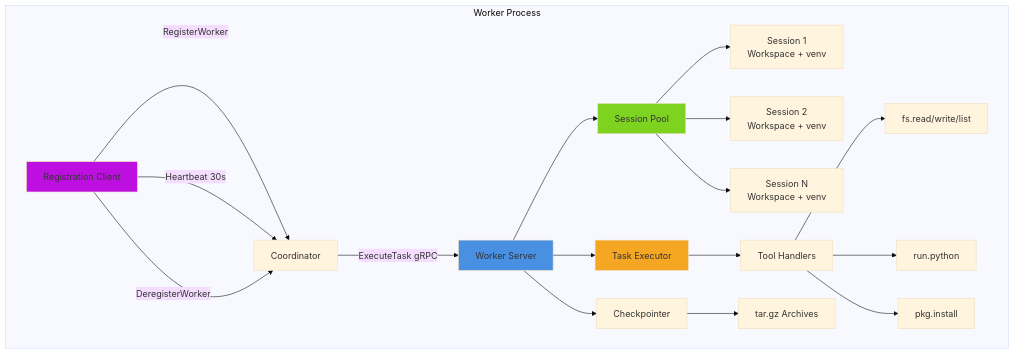
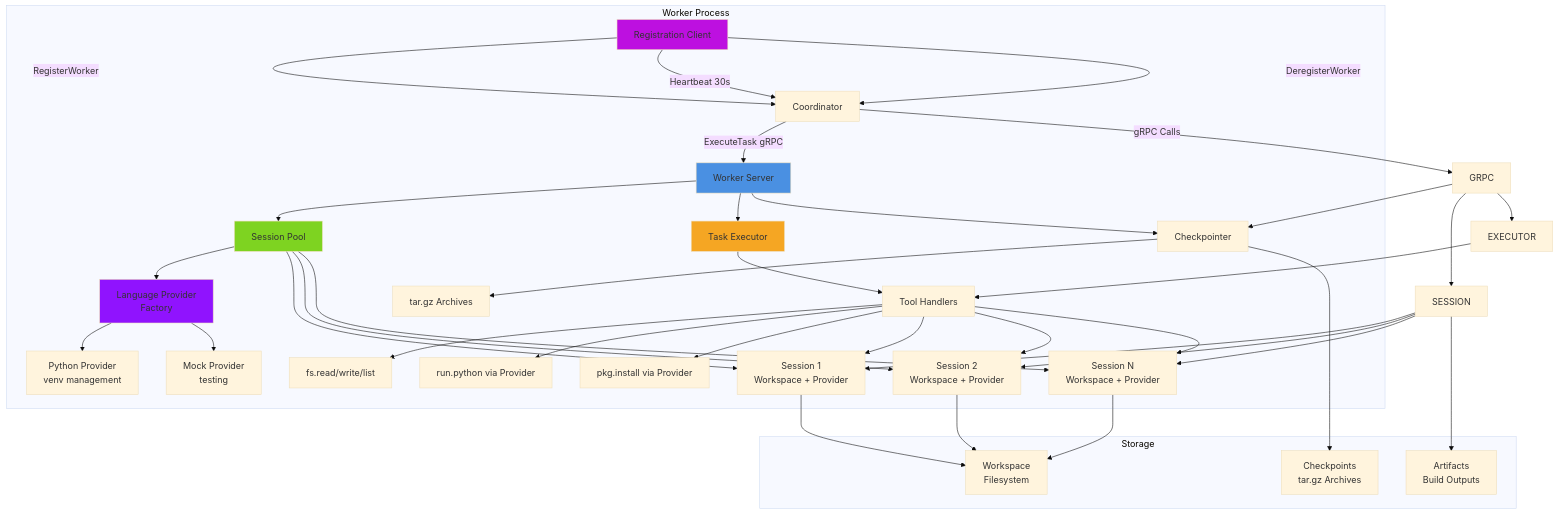
Before and after one commit to AltairaLabs/CodeGen-MCP: the diagram in docs/worker/index.md, drawn with Mermaid (base theme). The commit also changed other lines of this file and 20 other files, not shown here.

First line of the commit message:
feat: Implement Python language provider with virtual environment support

````diff
--- a/docs/worker/index.md
+++ b/docs/worker/index.md
@@ -91,30 +91,63 @@
 ```mermaid
 graph TB
     COORD[Coordinator] -->|ExecuteTask gRPC| WORKER[Worker Server]
     
     subgraph "Worker Process"
         REG_CLIENT[Registration Client] -->|RegisterWorker| COORD
-        REG_CLIENT -->|Heartbeat 30s| COORD
+        REG_CLIENT-->|Heartbeat 30s| COORD
         REG_CLIENT -->|DeregisterWorker| COORD
         
         WORKER --> SESSION_POOL[Session Pool]
         WORKER --> TASK_EXEC[Task Executor]
         WORKER --> CHECKPOINT[Checkpointer]
         
-        SESSION_POOL --> S1[Session 1<br/>Workspace + venv]
-        SESSION_POOL --> S2[Session 2<br/>Workspace + venv]
-        SESSION_POOL --> SN[Session N<br/>Workspace + venv]
+        SESSION_POOL --> PROVIDER_FACTORY[Language Provider<br/>Factory]
+        
+        SESSION_POOL --> S1[Session 1<br/>Workspace + Provider]
+        SESSION_POOL --> S2[Session 2<br/>Workspace + Provider]
+        SESSION_POOL --> SN[Session N<br/>Workspace + Provider]
+        
+        PROVIDER_FACTORY --> PYTHON[Python Provider<br/>venv management]
+        PROVIDER_FACTORY --> MOCK[Mock Provider<br/>testing]
         
         TASK_EXEC --> TOOLS[Tool Handlers]
         TOOLS --> FS[fs.read/write/list]
-        TOOLS --> PY[run.python]
-        TOOLS --> PKG[pkg.install]
+        TOOLS --> PROVIDER[run.python via Provider]
+        TOOLS --> PKG[pkg.install via Provider]
         
         CHECKPOINT --> ARCHIVE[tar.gz Archives]
     end
+    
+    subgraph "Storage"
+        WS[Workspace<br/>Filesystem]
+        CP[Checkpoints<br/>tar.gz Archives]
+        ARTIFACTS[Artifacts<br/>Build Outputs]
+    end
+    
+    COORD -->|gRPC Calls| GRPC
+    GRPC --> SESSION
+    GRPC --> EXECUTOR
+    GRPC --> CHECKPOINT
+    
+    SESSION --> S1
+    SESSION --> S2
+    SESSION --> SN
+    
+    EXECUTOR --> TOOLS
+    TOOLS --> S1
+    TOOLS --> S2
+    TOOLS --> SN
+    
+    S1 --> WS
+    S2 --> WS
+    SN --> WS
+    
+    CHECKPOINT --> CP
+    SESSION --> ARTIFACTS
     
     style WORKER fill:#4A90E2
     style SESSION_POOL fill:#7ED321
     style TASK_EXEC fill:#F5A623
     style REG_CLIENT fill:#BD10E0
+    style PROVIDER_FACTORY fill:#9013FE
 ```
````
